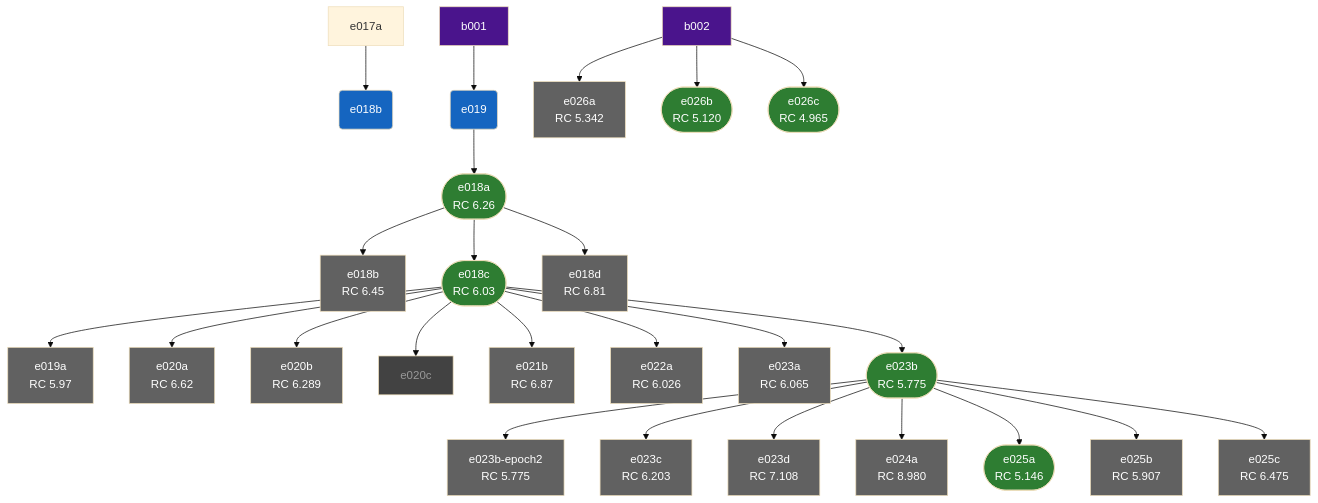
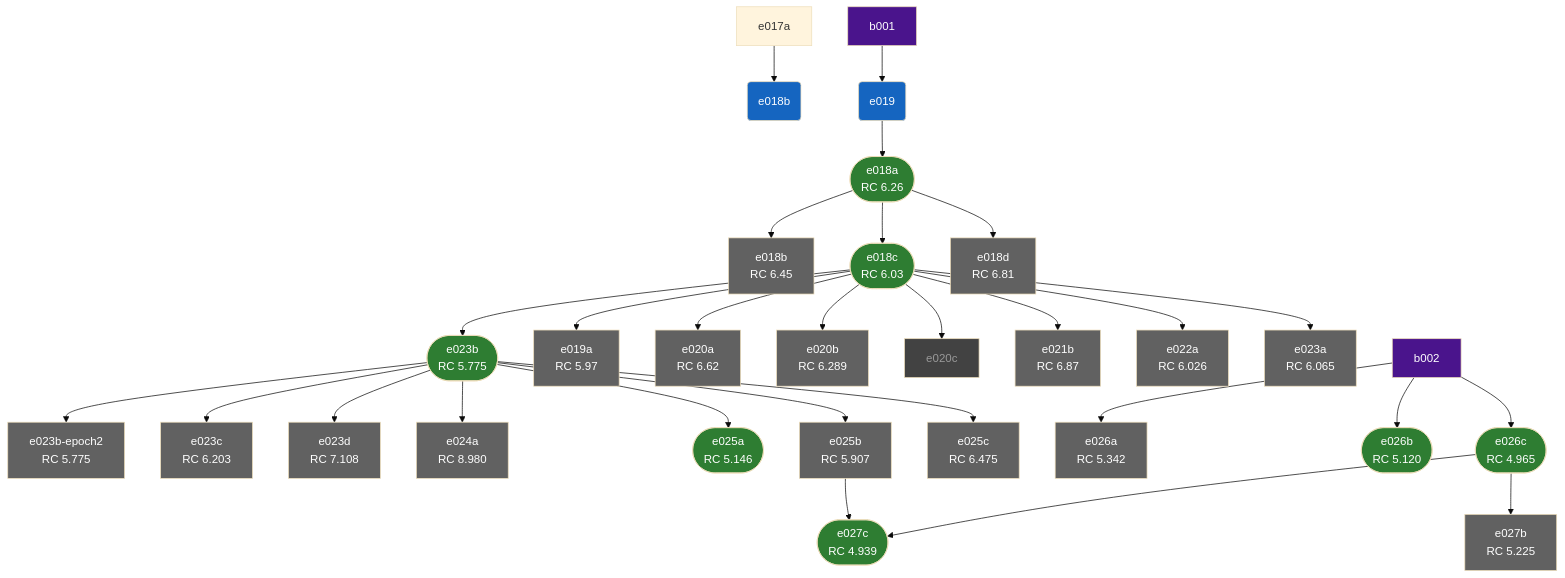
The diagram in docs/experiments/index.md (ScavieFae/autonomous-world-model), drawn with Mermaid (base theme) before and after one commit. The commit also changed other lines of this file and 9 other files, not shown here.

````diff
--- a/docs/experiments/index.md
+++ b/docs/experiments/index.md
@@ -36,6 +36,8 @@
     e026a_muon["e026a\nRC 5.342"]
     e026b_unimix(["e026b\nRC 5.120"])
     e026c_sf_curriculum(["e026c\nRC 4.965"])
+    e027b_e023b_regime_switch["e027b\nRC 5.225"]
+    e027c_lossreweight_warmstart(["e027c\nRC 4.939"])
     e019_baseline --> e018a_self_forcing
     e017a --> e018b_rollout_coherence_eval
     e018a_self_forcing --> e018b_self_forcing_n5
@@ -60,6 +62,9 @@
     b002 --> e026a_muon
     b002 --> e026b_unimix
     b002 --> e026c_sf_curriculum
+    e026c_sf_curriculum --> e027b_e023b_regime_switch
+    e025b_loss_reweight --> e027c_lossreweight_warmstart
+    e026c_sf_curriculum --> e027c_lossreweight_warmstart
     style e018a_self_forcing fill:#2e7d32,color:#fff
     style e018b_rollout_coherence_eval fill:#1565c0,color:#fff
     style e018b_self_forcing_n5 fill:#616161,color:#fff
@@ -84,6 +89,8 @@
     style e026a_muon fill:#616161,color:#fff
     style e026b_unimix fill:#2e7d32,color:#fff
     style e026c_sf_curriculum fill:#2e7d32,color:#fff
+    style e027b_e023b_regime_switch fill:#616161,color:#fff
+    style e027c_lossreweight_warmstart fill:#2e7d32,color:#fff
     style b001 fill:#4a148c,color:#fff
     style b002 fill:#4a148c,color:#fff
 ```
````
